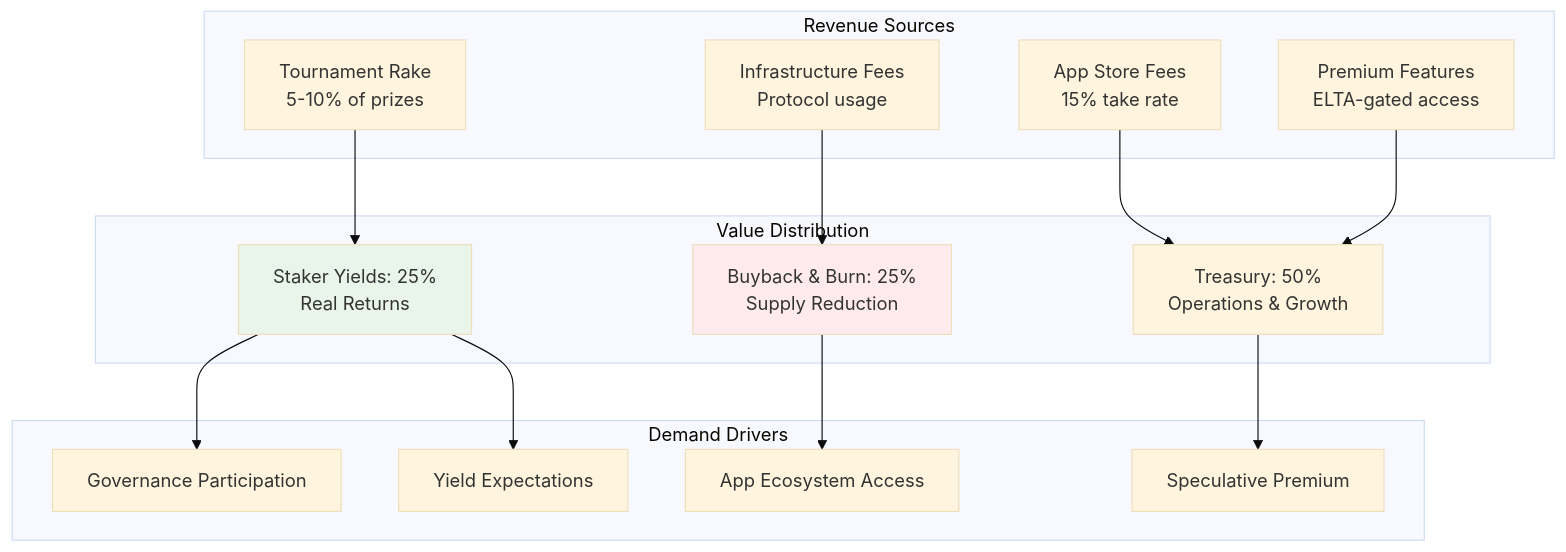
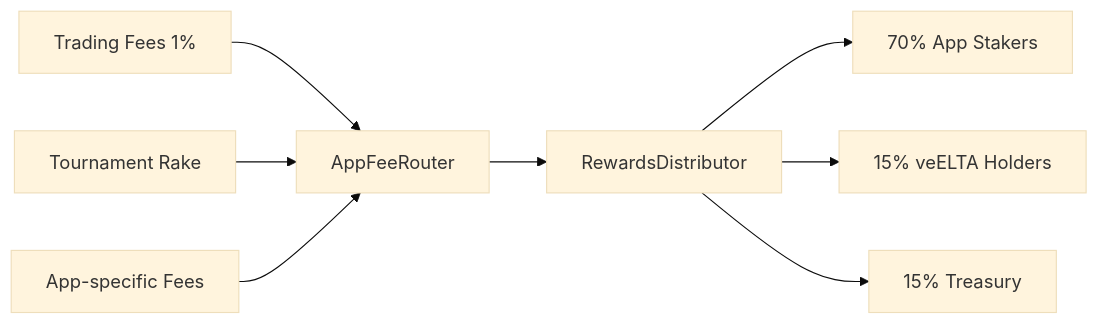
Before and after one commit to Elata-Biosciences/elata-protocol: the third of 3 diagrams in docs/ARCHITECTURE.md, drawn with Mermaid (base theme). The commit also changed other lines of this file and 11 other files, not shown here.

````diff
--- a/docs/ARCHITECTURE.md
+++ b/docs/ARCHITECTURE.md
@@ -450,35 +243,12 @@
 ```mermaid
-graph TD
-    subgraph "Revenue Sources"
-        RS1[App Store Fees<br/>15% take rate]
-        RS2[Tournament Rake<br/>5-10% of prizes]
-        RS3[Infrastructure Fees<br/>Protocol usage]
-        RS4[Premium Features<br/>ELTA-gated access]
-    end
+graph LR
+    Trading[Trading Fees 1%] --> Router[AppFeeRouter]
+    Tournament[Tournament Rake] --> Router
+    AppFees[App-specific Fees] --> Router
     
-    subgraph "Value Distribution"
-        VD1[Treasury: 50%<br/>Operations & Growth]
-        VD2[Staker Yields: 25%<br/>Real Returns]
-        VD3[Buyback & Burn: 25%<br/>Supply Reduction]
-    end
+    Router --> Distributor[RewardsDistributor]
     
-    subgraph "Demand Drivers"
-        DD1[Governance Participation]
-        DD2[Yield Expectations]
-        DD3[App Ecosystem Access]
-        DD4[Speculative Premium]
-    end
-    
-    RS1 --> VD1
-    RS2 --> VD2
-    RS3 --> VD3
-    RS4 --> VD1
-    
-    VD2 --> DD1
-    VD2 --> DD2
-    VD3 --> DD3
-    VD1 --> DD4
-    
-    style VD2 fill:#e8f5e8
-    style VD3 fill:#ffebee
+    Distributor --> AppStakers[70% App Stakers]
+    Distributor --> VeELTA[15% veELTA Holders]
+    Distributor --> Treasury[15% Treasury]
 ```
````
